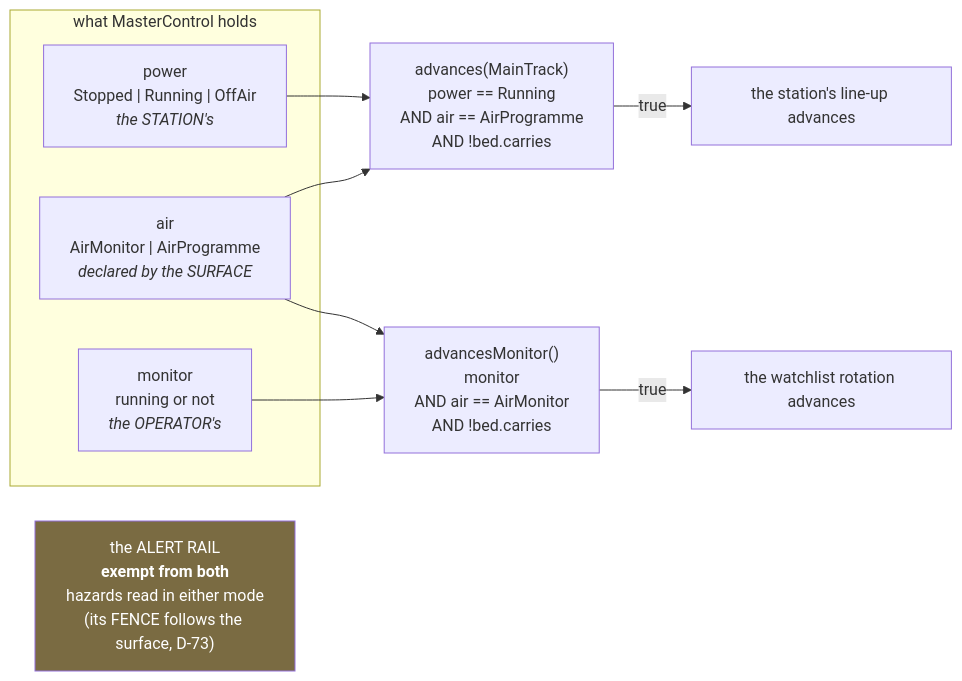
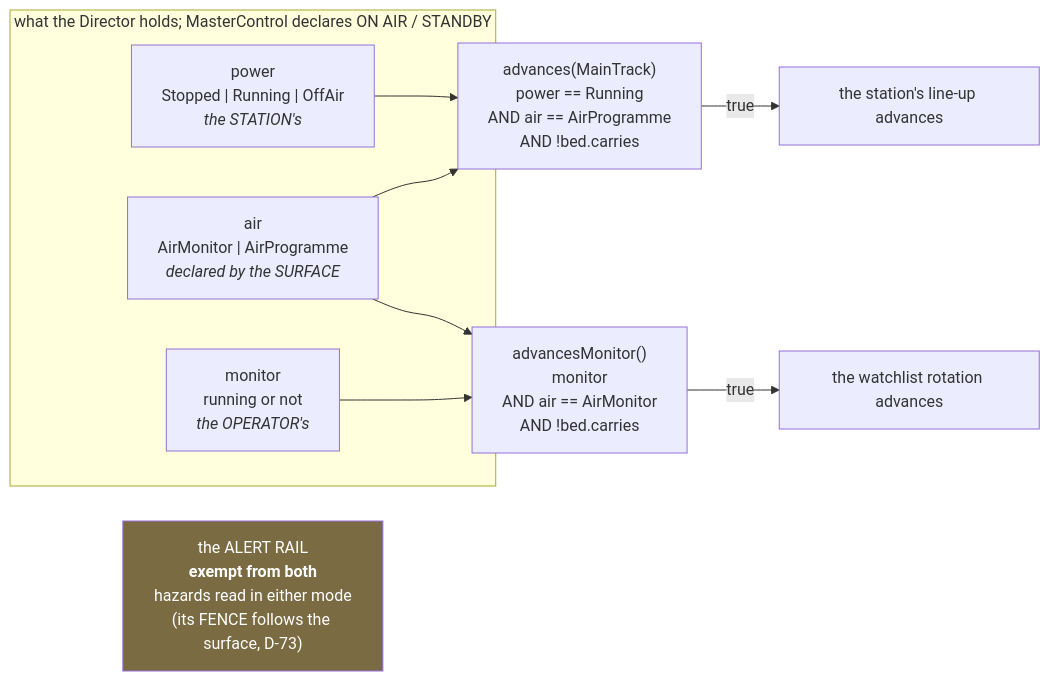
One commit to branden-thompson/watchpost changed the second of 5 diagrams in 06_docs/02_features/0.16.0-broadcaster-ui/03-architecture-design/as-built-air-and-deck.md. Above: the diagram before and after it, drawn with Mermaid. The commit also changed other lines of this file and 709 other files, not shown here.

````diff
--- a/06_docs/02_features/0.16.0-broadcaster-ui/03-architecture-design/as-built-air-and-deck.md
+++ b/06_docs/02_features/0.16.0-broadcaster-ui/03-architecture-design/as-built-air-and-deck.md
@@ -62,23 +62,23 @@
 ```mermaid
 flowchart LR
-  subgraph state["what MasterControl holds"]
+  subgraph state["what the Director holds; MasterControl declares ON AIR / STANDBY"]
     P["power<br/>Stopped | Running | OffAir<br/><i>the STATION's</i>"]
     M["monitor<br/>running or not<br/><i>the OPERATOR's</i>"]
     A["air<br/>AirMonitor | AirProgramme<br/><i>declared by the SURFACE</i>"]
   end
 
   P --> SG
   A --> SG
   A --> MG
   M --> MG
 
   SG["advances(MainTrack)<br/>power == Running<br/>AND air == AirProgramme<br/>AND !bed.carries"]
   MG["advancesMonitor()<br/>monitor<br/>AND air == AirMonitor<br/>AND !bed.carries"]
 
   SG -->|true| PROG["the station's line-up advances"]
   MG -->|true| MON["the watchlist rotation advances"]
 
   RAIL["the ALERT RAIL<br/><b>exempt from both</b><br/>hazards read in either mode<br/>(its FENCE follows the surface, D-73)"]
 
   style RAIL fill:#7a6b42,color:#fff
 ```
````
